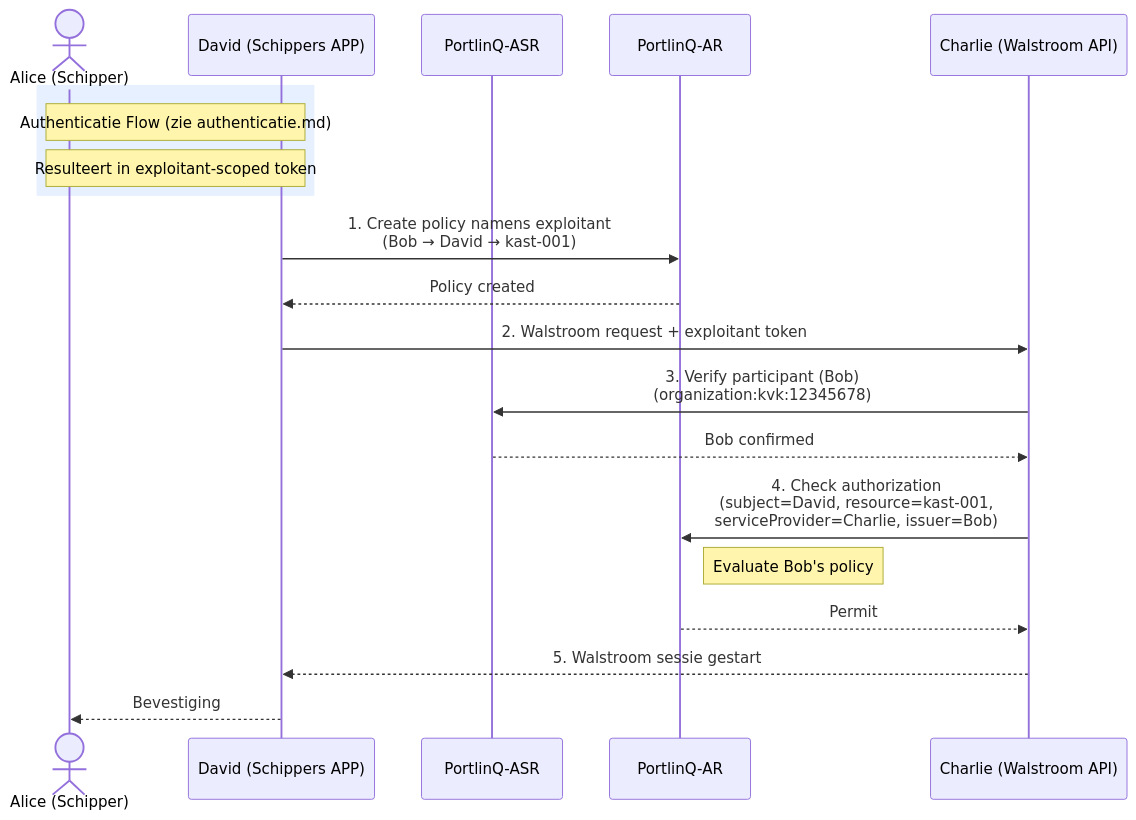
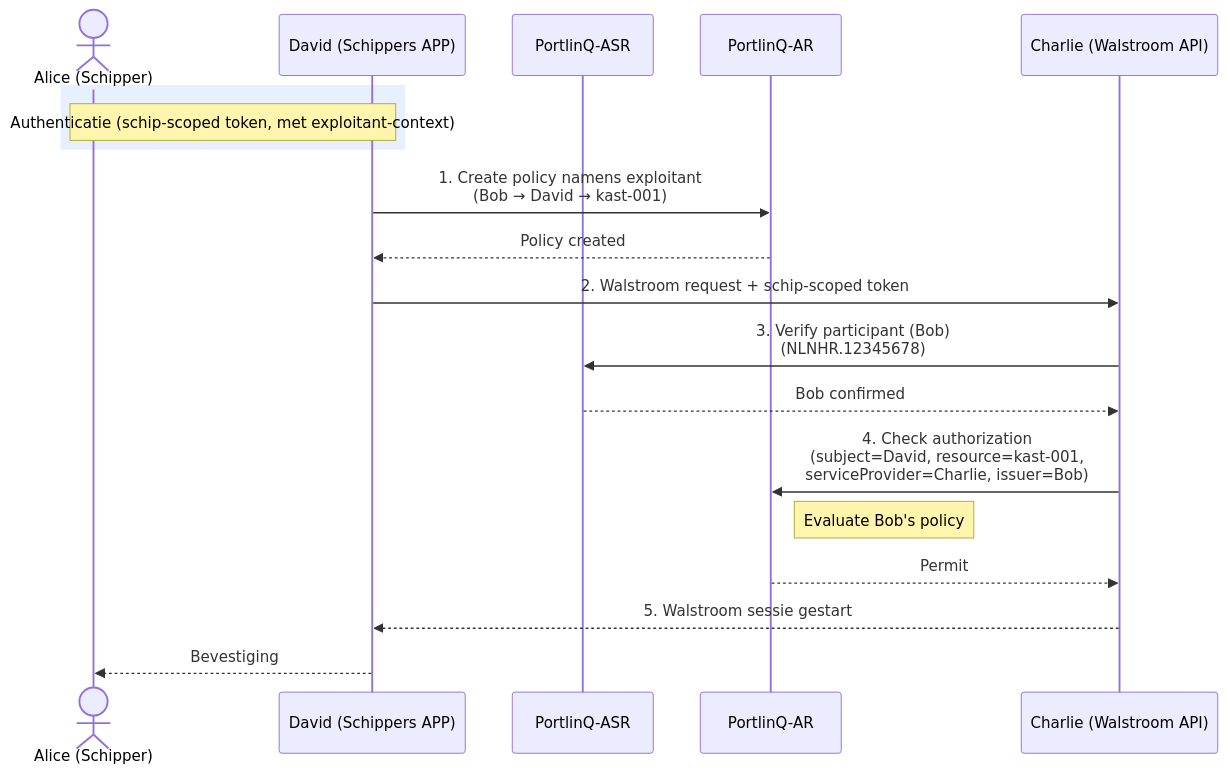
Before and after one commit to POORT8/Poort8.Docs: the diagram in portlinq/walstroom-toegang.md, drawn with Mermaid. The commit also changed other lines of this file and 12 other files, not shown here.

````diff
--- a/portlinq/walstroom-toegang.md
+++ b/portlinq/walstroom-toegang.md
@@ -13,25 +15,24 @@
 ```mermaid
 sequenceDiagram
     actor Alice as Alice (Schipper)
     participant David as David (Schippers APP)
     participant ASR as PortlinQ-ASR
     participant AR as PortlinQ-AR
     participant Charlie as Charlie (Walstroom API)
 
     rect rgb(230, 240, 255)
-        Note over Alice,David: Authenticatie Flow (zie authenticatie.md)
-        Note over Alice,David: Resulteert in exploitant-scoped token
+        Note over Alice,David: Authenticatie (schip-scoped token, met exploitant-context)
     end
 
     David->>AR: 1. Create policy namens exploitant<br/>(Bob → David → kast-001)
     AR-->>David: Policy created
 
-    David->>Charlie: 2. Walstroom request + exploitant token
-    Charlie->>ASR: 3. Verify participant (Bob)<br/>(organization:kvk:12345678)
+    David->>Charlie: 2. Walstroom request + schip-scoped token
+    Charlie->>ASR: 3. Verify participant (Bob)<br/>(NLNHR.12345678)
     ASR-->>Charlie: Bob confirmed
     Charlie->>AR: 4. Check authorization<br/>(subject=David, resource=kast-001,<br/>serviceProvider=Charlie, issuer=Bob)
     Note right of AR: Evaluate Bob's policy
     AR-->>Charlie: Permit
     Charlie-->>David: 5. Walstroom sessie gestart
     David-->>Alice: Bevestiging
 ```
````
